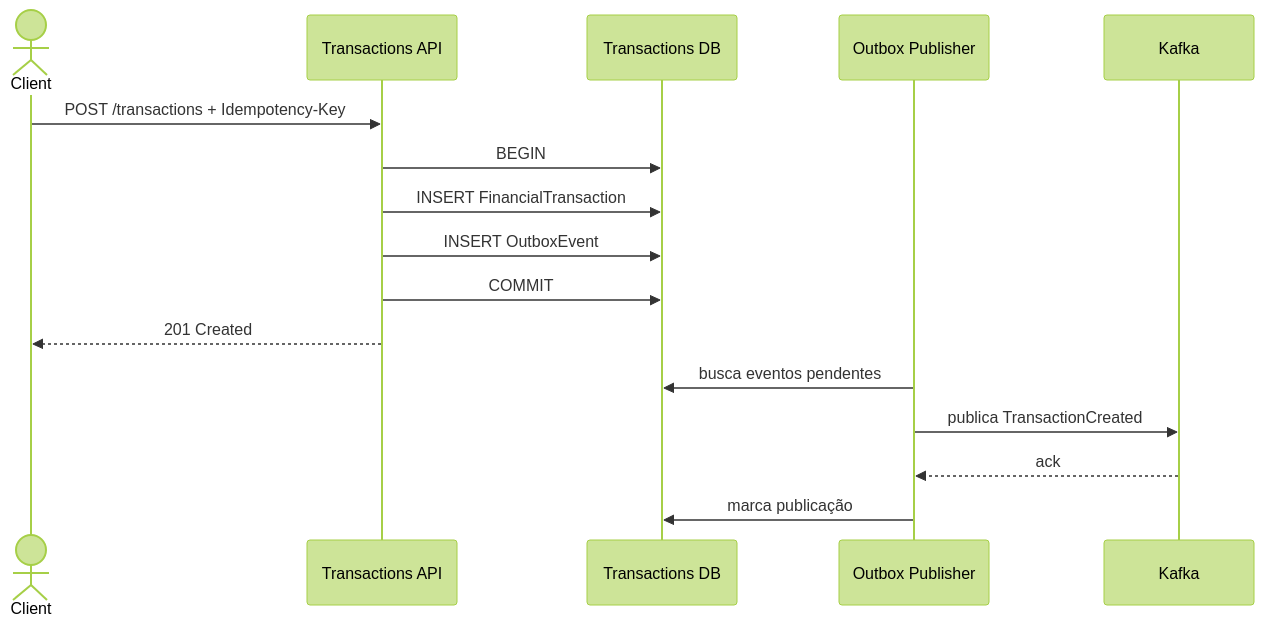
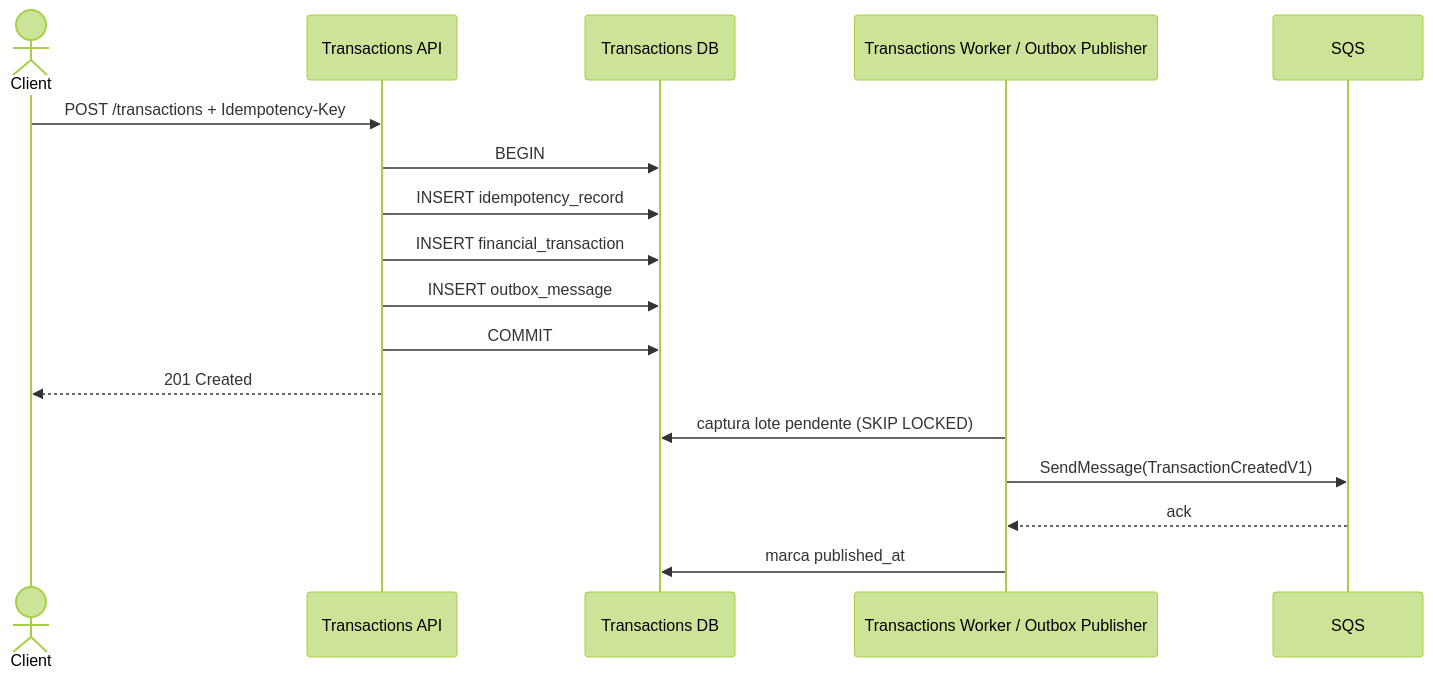
One commit to ThiagoFerraciolli/cash-flow-architecture changed the first of 8 diagrams in docs/04-views/Dynamic-Views.md. Above: the diagram before and after it, drawn with Mermaid (forest theme). The commit also changed other lines of this file, not shown here.

Commit message:
docs: corrige fluxos dinamicos para outbox e SQS

````diff
--- a/docs/04-views/Dynamic-Views.md
+++ b/docs/04-views/Dynamic-Views.md
@@ -5,19 +7,20 @@
 ```mermaid
 sequenceDiagram
     actor Client
     participant T as Transactions API
     participant DB as Transactions DB
-    participant O as Outbox Publisher
-    participant K as Kafka
+    participant O as Transactions Worker / Outbox Publisher
+    participant Q as SQS
 
     Client->>T: POST /transactions + Idempotency-Key
     T->>DB: BEGIN
-    T->>DB: INSERT FinancialTransaction
-    T->>DB: INSERT OutboxEvent
+    T->>DB: INSERT idempotency_record
+    T->>DB: INSERT financial_transaction
+    T->>DB: INSERT outbox_message
     T->>DB: COMMIT
     T-->>Client: 201 Created
-    O->>DB: busca eventos pendentes
-    O->>K: publica TransactionCreated
-    K-->>O: ack
-    O->>DB: marca publicação
+    O->>DB: captura lote pendente (SKIP LOCKED)
+    O->>Q: SendMessage(TransactionCreatedV1)
+    Q-->>O: ack
+    O->>DB: marca published_at
 ```
````
